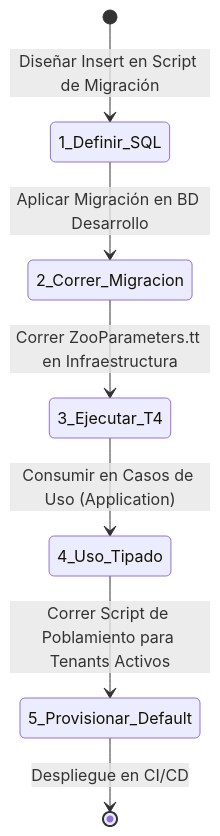
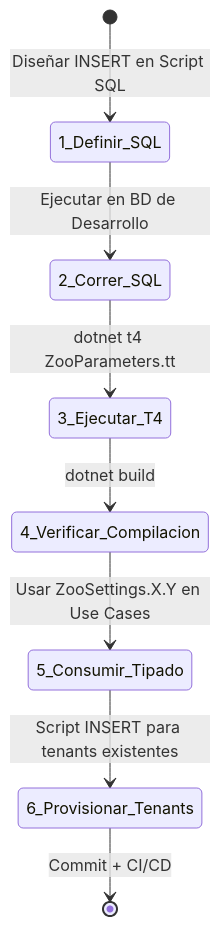
The second of 2 diagrams in docs/architecture/parametrizacion/parameterization_governance.md (JunixOs/ZooTech-Backend), drawn with Mermaid before and after one commit. The commit also changed other lines of this file and 3 other files, not shown here.

Commit message:
docs(architecture): Actualiza planes de parametrizacion.

````diff
--- a/docs/architecture/parametrizacion/parameterization_governance.md
+++ b/docs/architecture/parametrizacion/parameterization_governance.md
@@ -34,9 +96,10 @@
 ```mermaid
 stateDiagram-v2
-    [*] --> 1_Definir_SQL : Diseñar Insert en Script de Migración
-    1_Definir_SQL --> 2_Correr_Migracion : Aplicar Migración en BD Desarrollo
-    2_Correr_Migracion --> 3_Ejecutar_T4 : Correr ZooParameters.tt en Infraestructura
-    3_Ejecutar_T4 --> 4_Uso_Tipado : Consumir en Casos de Uso (Application)
-    4_Uso_Tipado --> 5_Provisionar_Default : Correr Script de Poblamiento para Tenants Activos
-    5_Provisionar_Default --> [*] : Despliegue en CI/CD
+    [*] --> 1_Definir_SQL : Diseñar INSERT en Script SQL
+    1_Definir_SQL --> 2_Correr_SQL : Ejecutar en BD de Desarrollo
+    2_Correr_SQL --> 3_Ejecutar_T4 : dotnet t4 ZooParameters.tt
+    3_Ejecutar_T4 --> 4_Verificar_Compilacion : dotnet build
+    4_Verificar_Compilacion --> 5_Consumir_Tipado : Usar ZooSettings.X.Y en Use Cases
+    5_Consumir_Tipado --> 6_Provisionar_Tenants : Script INSERT para tenants existentes
+    6_Provisionar_Tenants --> [*] : Commit + CI/CD
 ```
````
